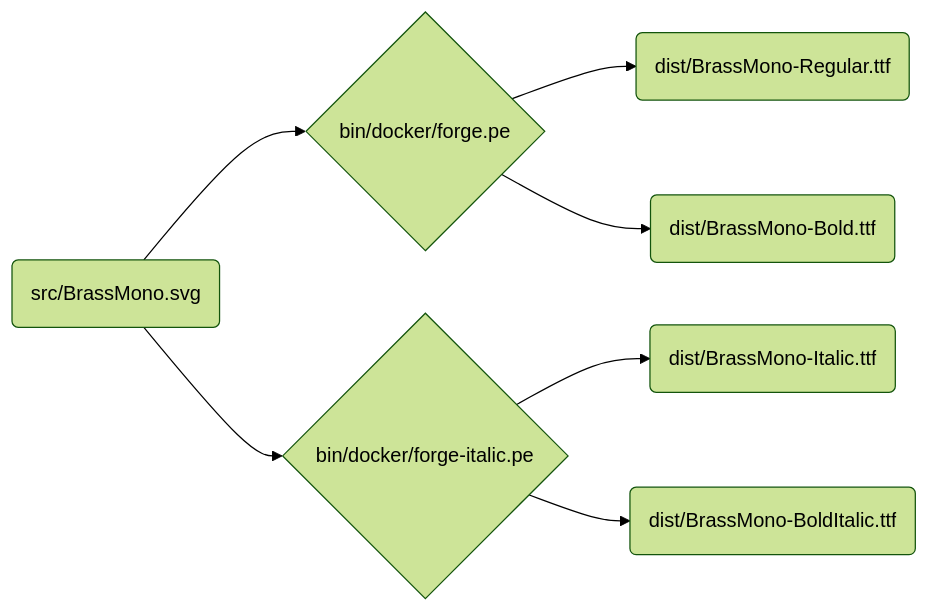
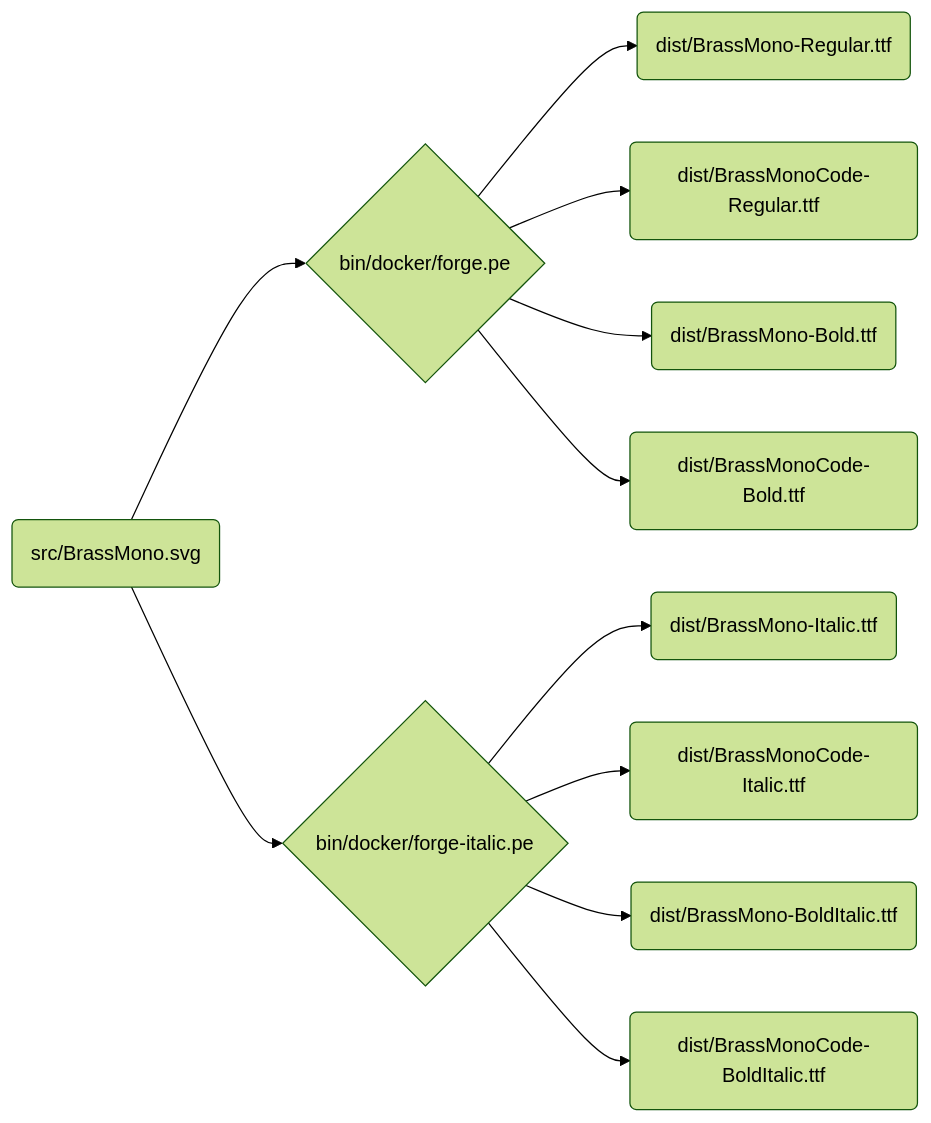
Before and after one commit to fonsecapeter/brass_mono: the diagram in README.md, drawn with Mermaid (forest theme). The commit also changed other lines of this file and 12 other files, not shown here.

First line of the commit message:
Resolve #18 Add code ligatures in Brass Mono Code

````diff
--- a/README.md
+++ b/README.md
@@ -29,9 +38,13 @@
 ```mermaid
 flowchart LR
   svg(src/BrassMono.svg) --> forge{bin/docker/forge.pe}
   forge --> reg(dist/BrassMono-Regular.ttf)
+  forge --> code-reg(dist/BrassMonoCode-Regular.ttf)
   forge --> bold(dist/BrassMono-Bold.ttf)
+  forge --> code-bold(dist/BrassMonoCode-Bold.ttf)
   svg --> forge-ital{bin/docker/forge-italic.pe}
   forge-ital --> ital(dist/BrassMono-Italic.ttf)
+  forge-ital --> code-ital(dist/BrassMonoCode-Italic.ttf)
   forge-ital --> bold-ital(dist/BrassMono-BoldItalic.ttf)
+  forge-ital --> code-bold-ital(dist/BrassMonoCode-BoldItalic.ttf)
 ```
````
